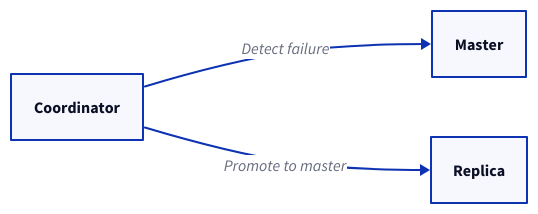
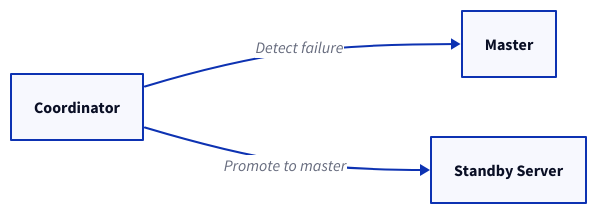
One commit to link1905/system-design-101 changed the fourth of 5 diagrams in content/docs/data-persistence/distributed-database/master-slave-architecture.md. Above: the diagram before and after it, drawn with D2. The commit also changed other lines of this file and 49 other files, not shown here.

````diff
--- a/content/docs/data-persistence/distributed-database/master-slave-architecture.md
+++ b/content/docs/data-persistence/distributed-database/master-slave-architecture.md
@@ -151,14 +153,14 @@
 ```d2
 direction: right
 c: Coordinator {
   class: server
 }
 m: Master {
   class: generic-error
 }
-r: Replica {
+r: Standby Server {
   class: server
 }
 c -> m: Detect failure
 c -> r: Promote to master
 ```
````
